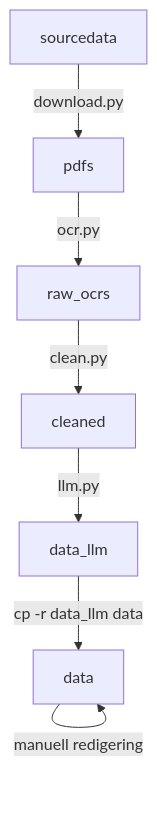
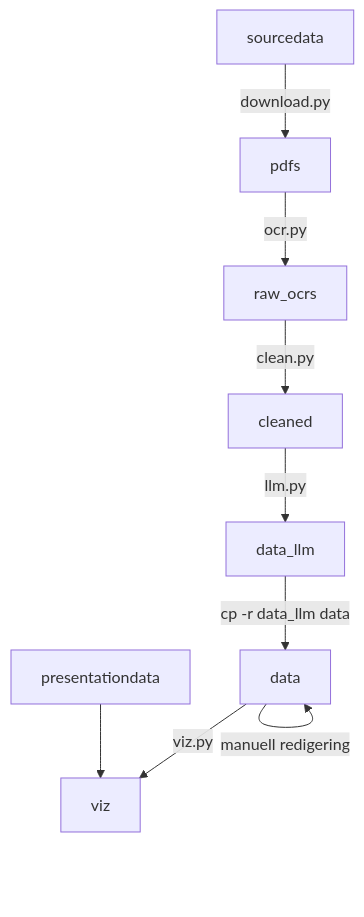
Before and after one commit to jonathangjertsen/fugleatlas: the diagram in README.md, drawn with Mermaid. The commit also changed other lines of this file and 3 other files, not shown here.

````diff
--- a/README.md
+++ b/README.md
@@ -11,9 +12,11 @@
 ```mermaid
 flowchart TD
     sourcedata -->|download.py| pdfs
     pdfs -->|ocr.py| raw_ocrs
     raw_ocrs -->|clean.py| cleaned
     cleaned -->|llm.py| data_llm
     data_llm -->|cp -r data_llm data| data
     data -->|manuell redigering| data
+    data -->|viz.py| viz
+    presentationdata --> viz
 ```
````
